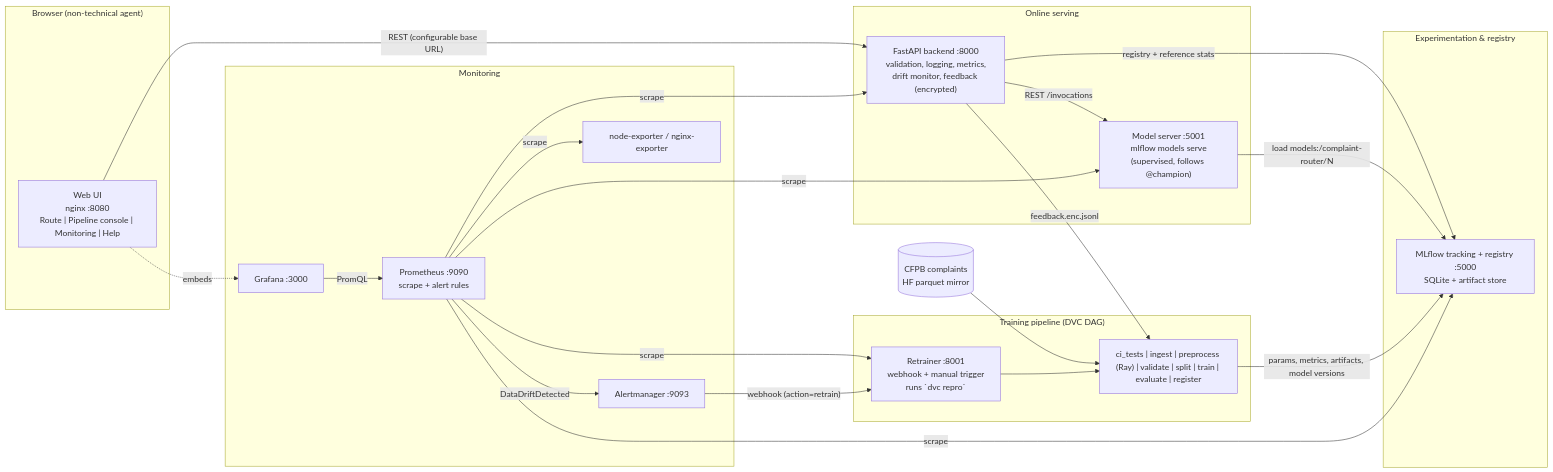
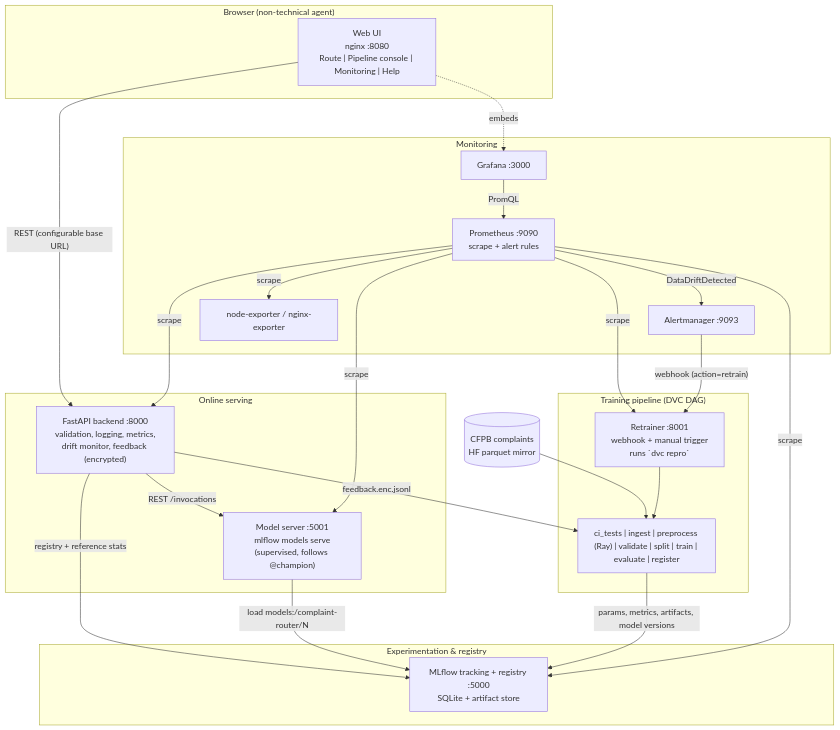
The diagram in docs/architecture.md (Shruthi276/financial-complaint-router), drawn with Mermaid before and after one commit. The commit also changed 35 other files, not shown here.

````diff
--- a/docs/architecture.md
+++ b/docs/architecture.md
@@ -5,41 +5,41 @@
 ```mermaid
-flowchart LR
+flowchart TB
   subgraph User["Browser (non-technical agent)"]
     UI["Web UI<br/>nginx :8080<br/>Route | Pipeline console | Monitoring | Help"]
   end
 
   subgraph Serving["Online serving"]
     API["FastAPI backend :8000<br/>validation, logging, metrics,<br/>drift monitor, feedback (encrypted)"]
     MS["Model server :5001<br/>mlflow models serve<br/>(supervised, follows @champion)"]
   end
 
   subgraph MLOps["Experimentation & registry"]
     MLF["MLflow tracking + registry :5000<br/>SQLite + artifact store"]
   end
 
   subgraph Pipeline["Training pipeline (DVC DAG)"]
     RT["Retrainer :8001<br/>webhook + manual trigger<br/>runs `dvc repro`"]
     DVC["ci_tests | ingest | preprocess (Ray) | validate | split | train | evaluate | register"]
   end
 
   subgraph Monitoring["Monitoring"]
     PR["Prometheus :9090<br/>scrape + alert rules"]
     AM["Alertmanager :9093"]
     GF["Grafana :3000"]
     NE["node-exporter / nginx-exporter"]
   end
 
   DATA[("CFPB complaints<br/>HF parquet mirror")] --> DVC
   UI -- "REST (configurable base URL)" --> API
   API -- "REST /invocations" --> MS
   API -- "registry + reference stats" --> MLF
   MS -- "load models:/complaint-router/N" --> MLF
   RT --> DVC
   DVC -- "params, metrics, artifacts, model versions" --> MLF
   PR -- scrape --> API & MS & MLF & RT & NE
   PR -- DataDriftDetected --> AM
   AM -- "webhook (action=retrain)" --> RT
   GF -- PromQL --> PR
   UI -. "embeds" .-> GF
   API -- "feedback.enc.jsonl" --> DVC
 ```
````
